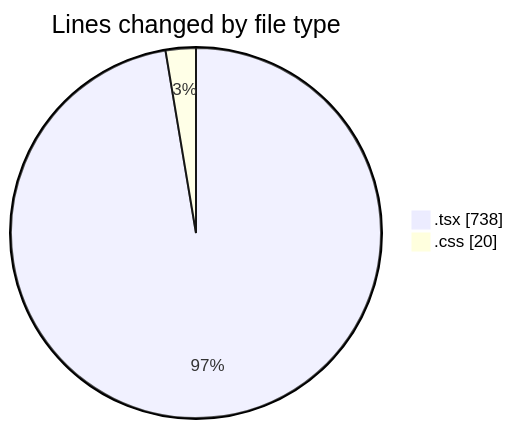
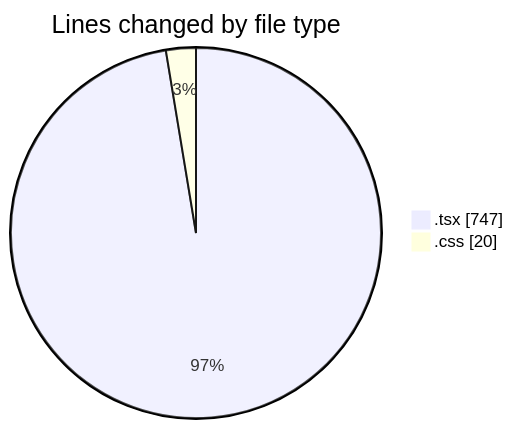
The first of 2 diagrams in 2025-02-07/mbc-web/README.md (robertbonfada/code-tracking), drawn with Mermaid before and after one commit. The commit also changed other lines of this file and 1 other file, not shown here.

````diff
--- a/2025-02-07/mbc-web/README.md
+++ b/2025-02-07/mbc-web/README.md
@@ -27,6 +27,6 @@
 ```mermaid
 pie showData
 title Lines changed by file type
-".tsx" : 738
+".tsx" : 747
 ".css" : 20
 ```
````
